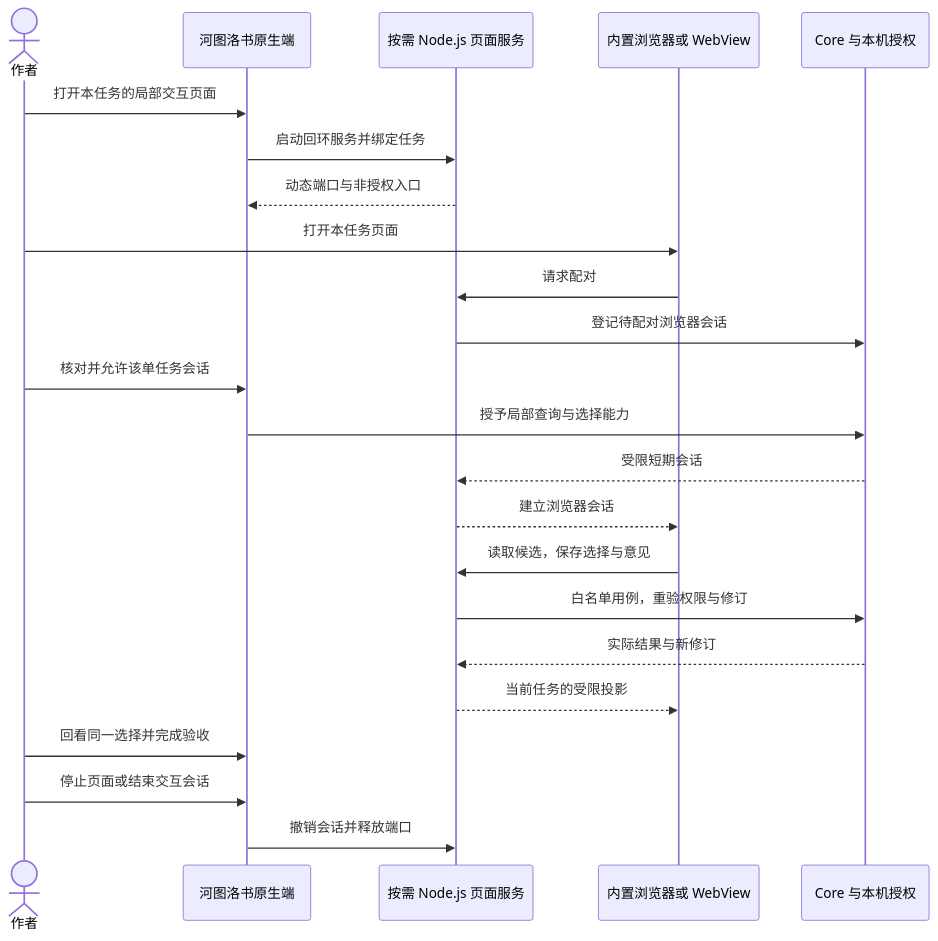
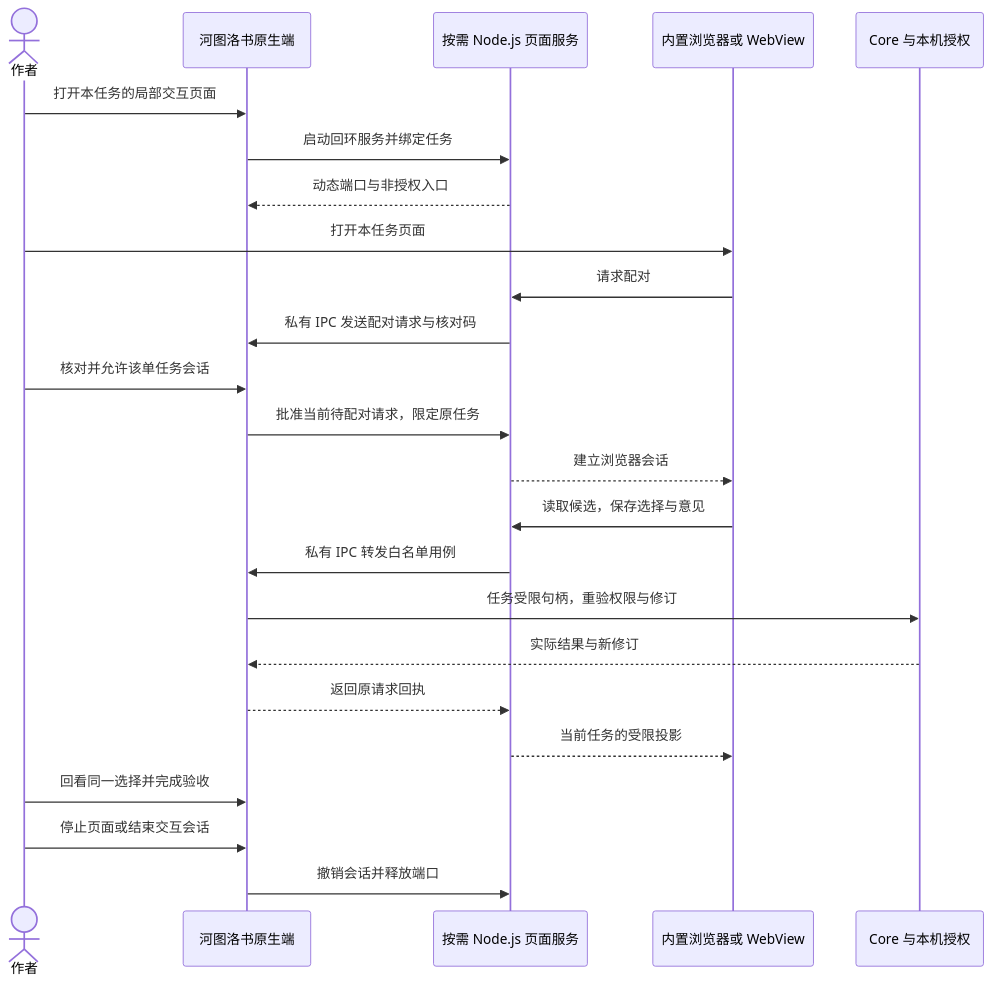
The ninth of 35 diagrams in docs/23-业务流程与MCP时序.md (limecloud/hetu), drawn with Mermaid before and after one commit. The commit also changed 1863 other files, not shown here.

````diff
--- a/docs/23-业务流程与MCP时序.md
+++ b/docs/23-业务流程与MCP时序.md
@@ -248,25 +248,26 @@
 ```mermaid
 sequenceDiagram
     actor author as 作者
     participant desktop as 河图洛书原生端
     participant node as 按需 Node.js 页面服务
     participant browser as 内置浏览器或 WebView
     participant core as Core 与本机授权
     author->>desktop: 打开本任务的局部交互页面
     desktop->>node: 启动回环服务并绑定任务
     node-->>desktop: 动态端口与非授权入口
     author->>browser: 打开本任务页面
     browser->>node: 请求配对
-    node->>core: 登记待配对浏览器会话
+    node->>desktop: 私有 IPC 发送配对请求与核对码
     author->>desktop: 核对并允许该单任务会话
-    desktop->>core: 授予局部查询与选择能力
-    core-->>node: 受限短期会话
+    desktop->>node: 批准当前待配对请求，限定原任务
     node-->>browser: 建立浏览器会话
     browser->>node: 读取候选，保存选择与意见
-    node->>core: 白名单用例，重验权限与修订
-    core-->>node: 实际结果与新修订
+    node->>desktop: 私有 IPC 转发白名单用例
+    desktop->>core: 任务受限句柄，重验权限与修订
+    core-->>desktop: 实际结果与新修订
+    desktop-->>node: 返回原请求回执
     node-->>browser: 当前任务的受限投影
     author->>desktop: 回看同一选择并完成验收
     author->>desktop: 停止页面或结束交互会话
     desktop->>node: 撤销会话并释放端口
 ```
````
